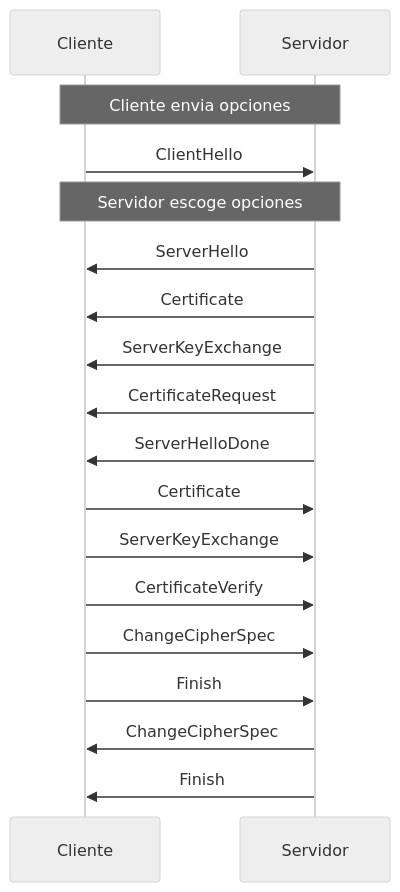
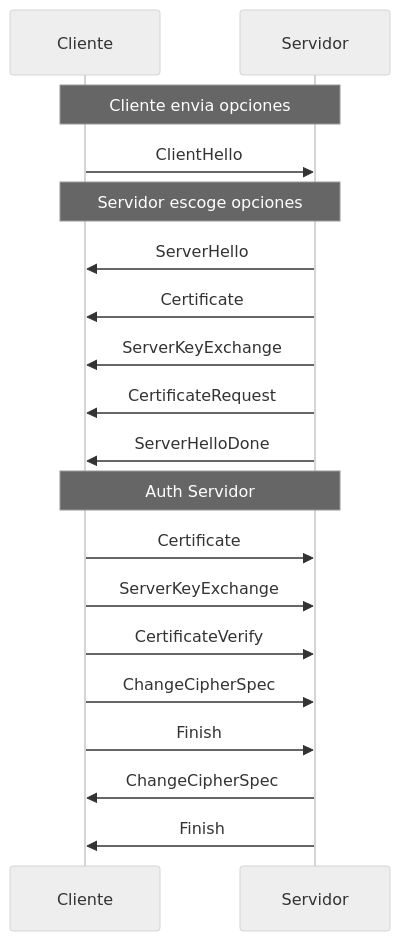
Before and after one commit to uo294319/Notes: the diagram in 4S1/4S1_Sec/data/T4-4.md, drawn with Mermaid (neutral theme).

Commit message:
Desktop-AAM 2025-11-25:10:11:23

````diff
--- a/4S1/4S1_Sec/data/T4-4.md
+++ b/4S1/4S1_Sec/data/T4-4.md
@@ -50,24 +50,25 @@
 ```mermaid
 sequenceDiagram
 	Note over Cliente,Servidor: Cliente envia opciones
 	Cliente->>Servidor: ClientHello
 	
 	Note over Cliente,Servidor: Servidor escoge opciones
 	Servidor->>Cliente: ServerHello
 	
 	Servidor->>Cliente: Certificate
 	Servidor->>Cliente: ServerKeyExchange
 	Servidor->>Cliente: CertificateRequest
 	
 	Servidor->>Cliente: ServerHelloDone
 	
+	Note over Cliente,Servidor: Auth Servidor
 	Cliente->>Servidor: Certificate
 	Cliente->>Servidor: ServerKeyExchange
 	Cliente->>Servidor: CertificateVerify
 	
 	Cliente->>Servidor: ChangeCipherSpec
 	Cliente->>Servidor: Finish
 	
 	Servidor->>Cliente: ChangeCipherSpec
 	Servidor->>Cliente: Finish
 ```
````
